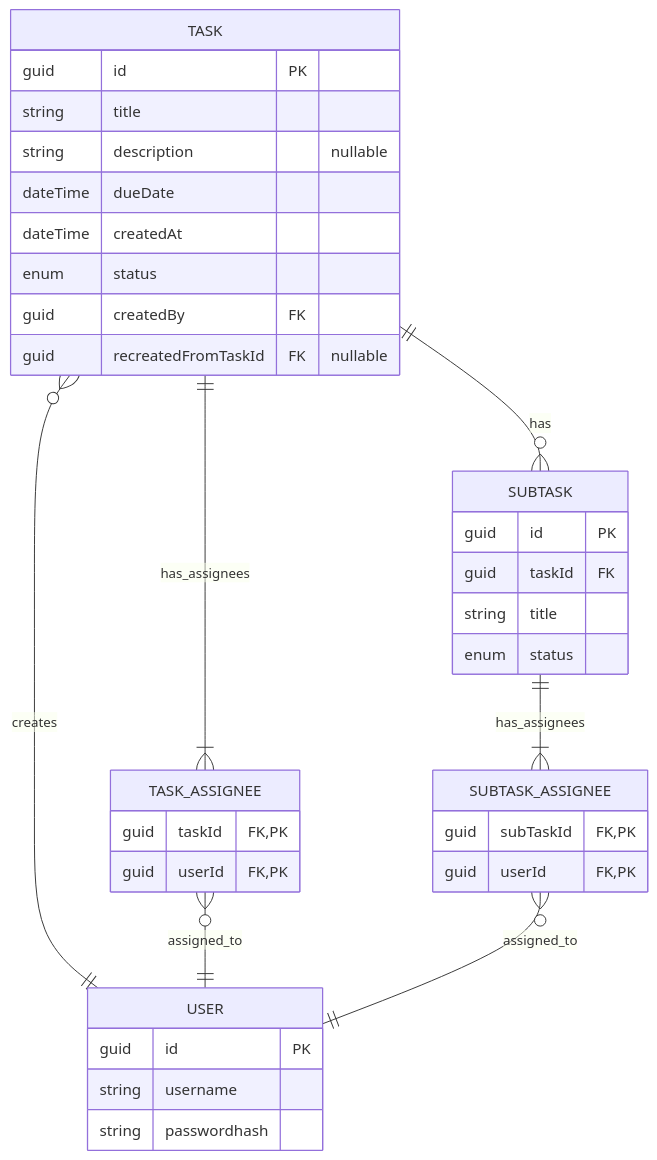
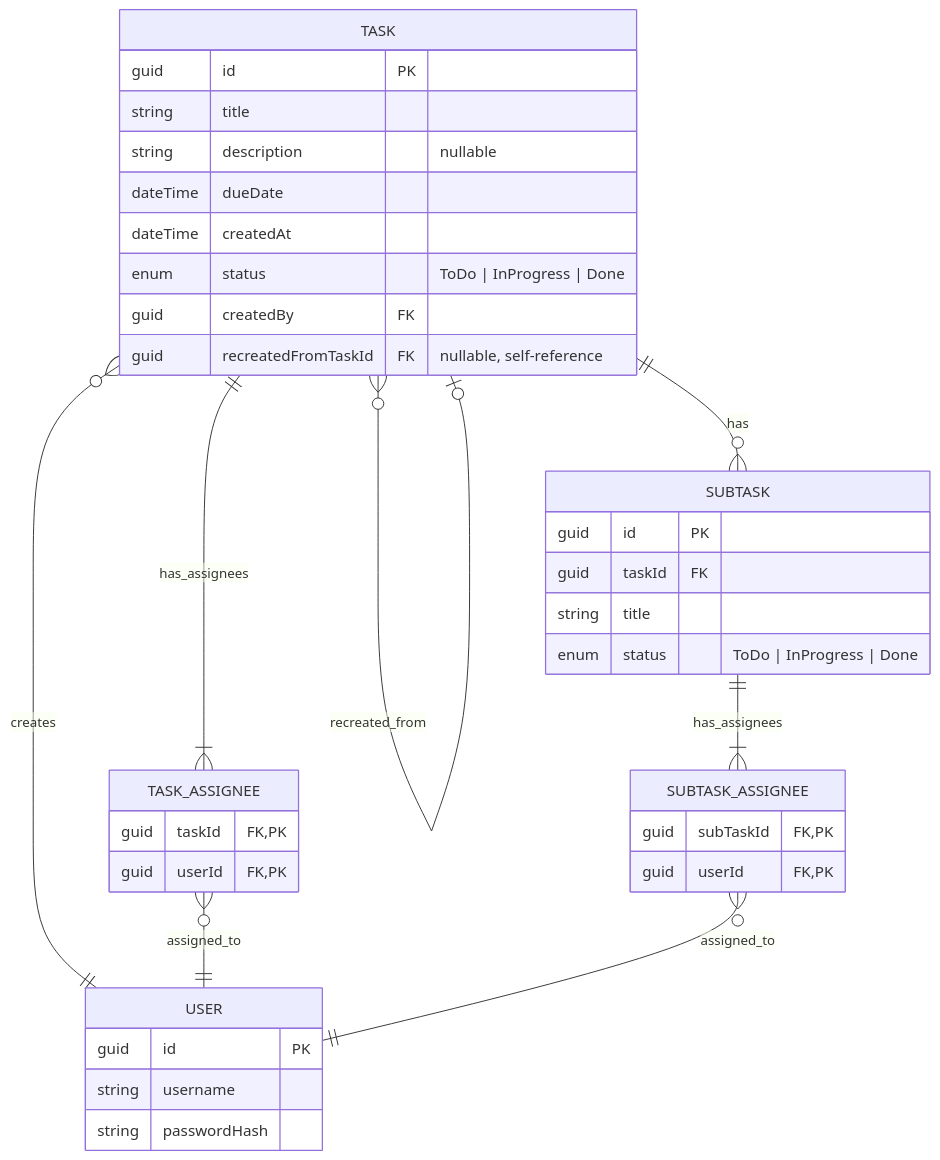
One commit to Cheer5ul/music-time-manager changed the diagram in docs/02-database-design.md. Above: the diagram before and after it, drawn with Mermaid. The commit also changed other lines of this file, not shown here.

````diff
--- a/docs/02-database-design.md
+++ b/docs/02-database-design.md
@@ -27,38 +16,39 @@
 ```mermaid
-   erDiagram
+erDiagram
     TASK }o--|| USER : creates
     TASK ||--|{ TASK_ASSIGNEE : has_assignees
     TASK_ASSIGNEE }o--|| USER : assigned_to
     TASK ||--o{ SUBTASK : has
+    TASK }o--o| TASK : recreated_from
     SUBTASK ||--|{ SUBTASK_ASSIGNEE : has_assignees
     SUBTASK_ASSIGNEE }o--|| USER : assigned_to
     USER {
         guid id PK
         string username
-        string passwordhash
+        string passwordHash
     }
     TASK {
         guid id PK
         string title
         string description "nullable"
         dateTime dueDate
         dateTime createdAt
-        enum status
+        enum status "ToDo | InProgress | Done"
         guid createdBy FK
-        guid recreatedFromTaskId FK "nullable"
+        guid recreatedFromTaskId FK "nullable, self-reference"
     }
     SUBTASK {
         guid id PK
         guid taskId FK
         string title
-        enum status
+        enum status "ToDo | InProgress | Done"
     }
     TASK_ASSIGNEE {
         guid taskId FK, PK
         guid userId FK, PK
     }
     SUBTASK_ASSIGNEE {
         guid subTaskId FK, PK
         guid userId FK, PK
     }
 ```
````
